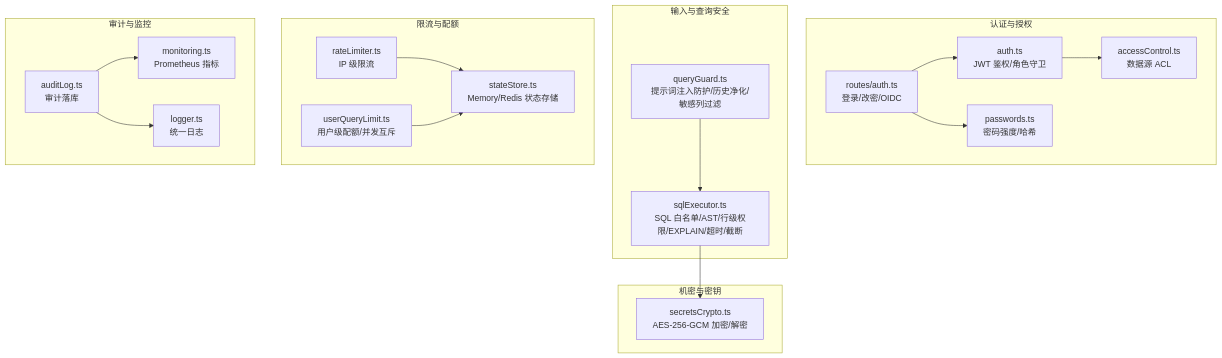
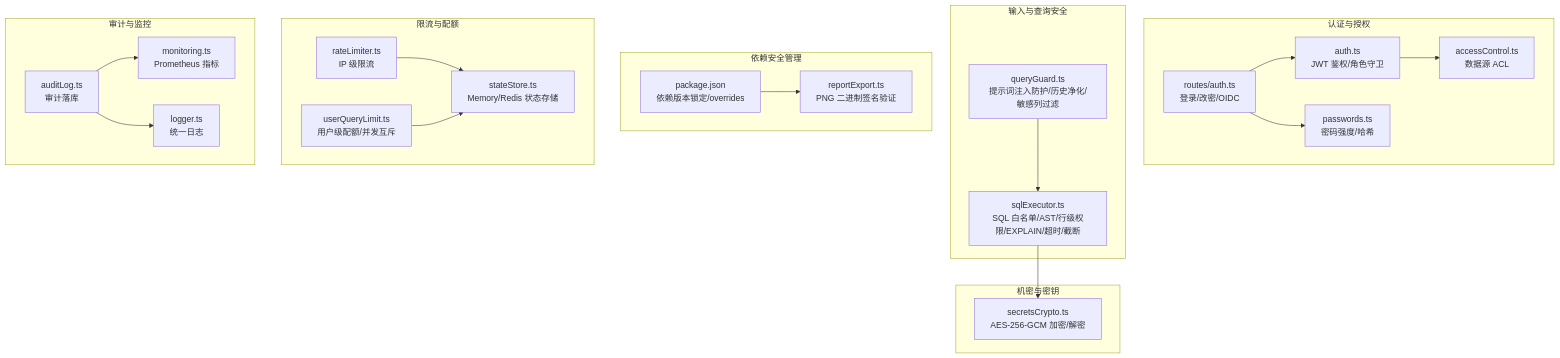
One commit to dgjin/smart-data-analytics changed the first of 11 diagrams in .qoder/repowiki/zh/content/安全与认证/安全防护.md. Above: the diagram before and after it, drawn with Mermaid. The commit also changed other lines of this file and 100 other files, not shown here.

````diff
--- a/.qoder/repowiki/zh/content/安全与认证/安全防护.md
+++ b/.qoder/repowiki/zh/content/安全与认证/安全防护.md
@@ -50,35 +62,40 @@
 ```mermaid
 graph TB
 subgraph "认证与授权"
 A["auth.ts<br/>JWT 鉴权/角色守卫"]
 B["routes/auth.ts<br/>登录/改密/OIDC"]
 C["passwords.ts<br/>密码强度/哈希"]
 D["accessControl.ts<br/>数据源 ACL"]
 end
 subgraph "输入与查询安全"
 E["queryGuard.ts<br/>提示词注入防护/历史净化/敏感列过滤"]
 F["sqlExecutor.ts<br/>SQL 白名单/AST/行级权限/EXPLAIN/超时/截断"]
 end
+subgraph "依赖安全管理"
+G["package.json<br/>依赖版本锁定/overrides"]
+H["reportExport.ts<br/>PNG 二进制签名验证"]
+end
 subgraph "限流与配额"
-G["rateLimiter.ts<br/>IP 级限流"]
-H["userQueryLimit.ts<br/>用户级配额/并发互斥"]
-I["stateStore.ts<br/>Memory/Redis 状态存储"]
+I["rateLimiter.ts<br/>IP 级限流"]
+J["userQueryLimit.ts<br/>用户级配额/并发互斥"]
+K["stateStore.ts<br/>Memory/Redis 状态存储"]
 end
 subgraph "机密与密钥"
-J["secretsCrypto.ts<br/>AES-256-GCM 加密/解密"]
+L["secretsCrypto.ts<br/>AES-256-GCM 加密/解密"]
 end
 subgraph "审计与监控"
-K["auditLog.ts<br/>审计落库"]
-L["monitoring.ts<br/>Prometheus 指标"]
-M["logger.ts<br/>统一日志"]
+M["auditLog.ts<br/>审计落库"]
+N["monitoring.ts<br/>Prometheus 指标"]
+O["logger.ts<br/>统一日志"]
 end
 B --> A
 A --> D
 B --> C
 E --> F
-G --> I
-H --> I
-F --> J
-K --> L
-K --> M
+G --> H
+I --> K
+J --> K
+F --> L
+M --> N
+M --> O
 ```
````
